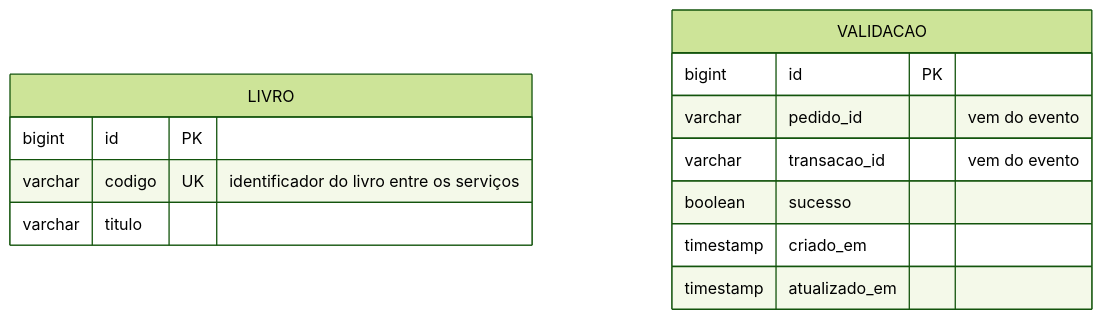
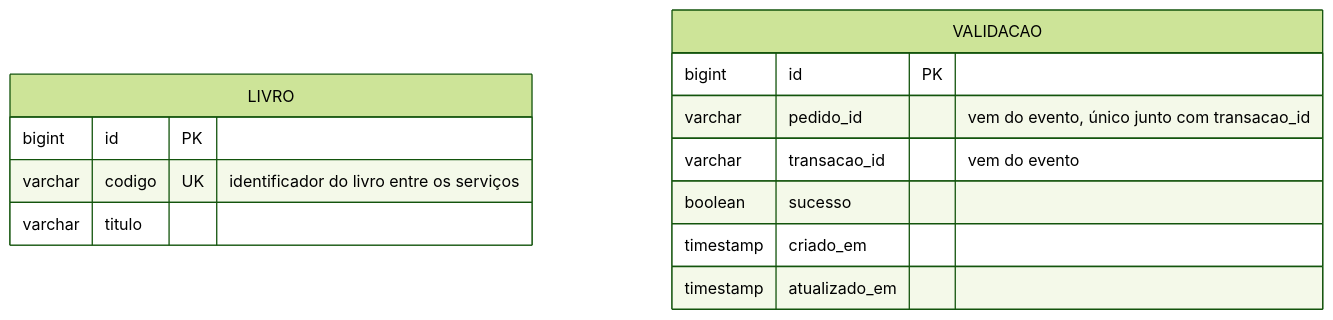
One commit to Carloseman1/padrao-saga-orquestrado-em-microsservi-os changed the fourth of 7 diagrams in README.md. Above: the diagram before and after it, drawn with Mermaid (forest theme). The commit also changed other lines of this file and 1 other file, not shown here.

````diff
--- a/README.md
+++ b/README.md
@@ -269,16 +288,16 @@
 ```mermaid
 erDiagram
     LIVRO {
         bigint id PK
         varchar codigo UK "identificador do livro entre os serviços"
         varchar titulo
     }
     VALIDACAO {
         bigint id PK
-        varchar pedido_id "vem do evento"
+        varchar pedido_id "vem do evento, único junto com transacao_id"
         varchar transacao_id "vem do evento"
         boolean sucesso
         timestamp criado_em
         timestamp atualizado_em
     }
 ```
````
